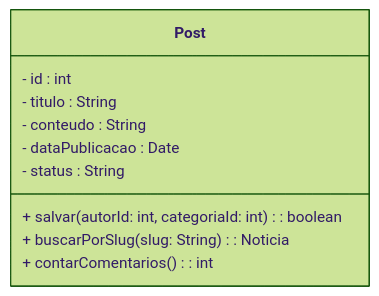
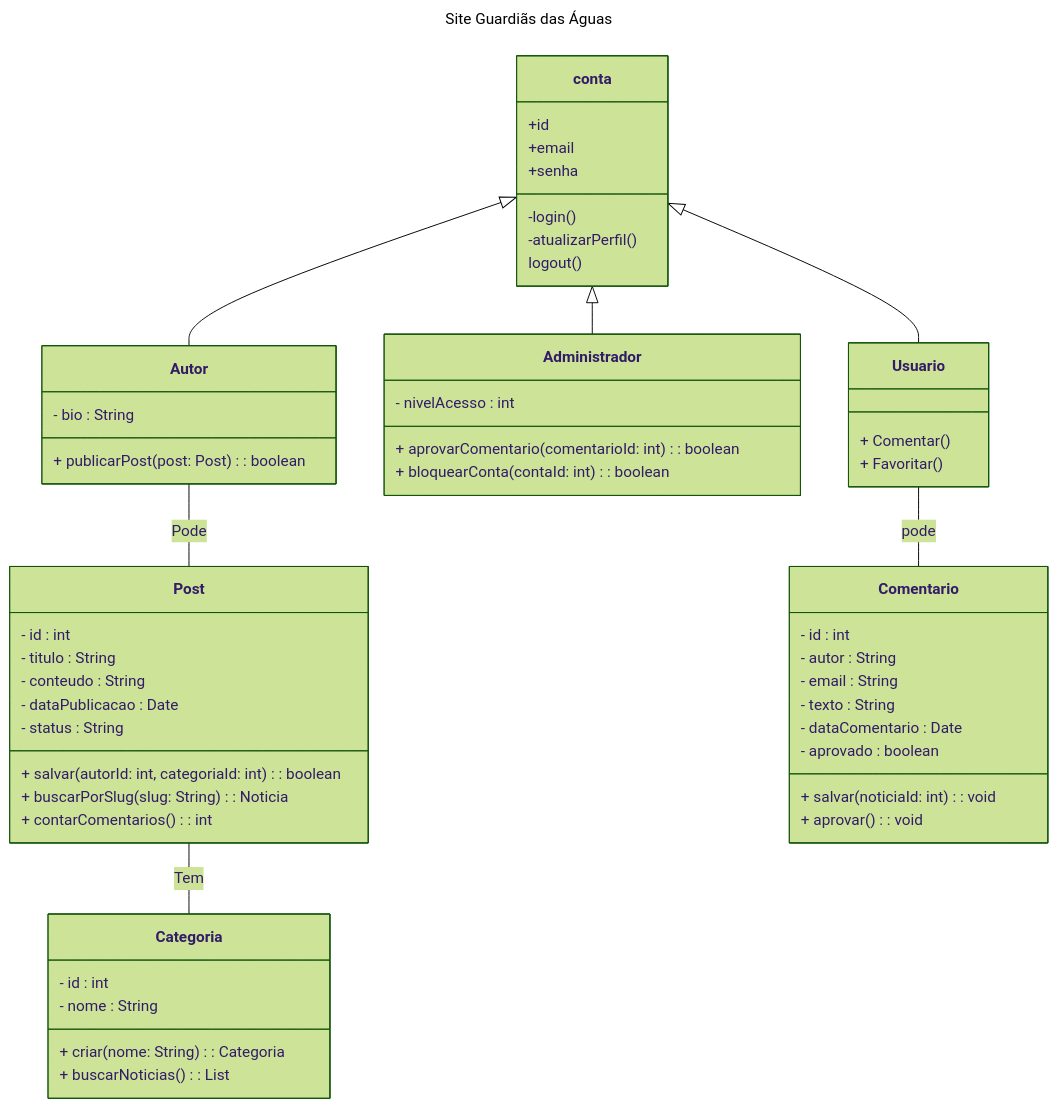
The diagram in docs/Diagrama de Classes.md (ProjetoIntegrador-2Semestre/GardiasDasAguas), drawn with Mermaid (forest theme) before and after one commit. The commit also changed 2 other files, not shown here.

Commit message:
feat: add diagramas de classe para Autor e Administrador; remover componente de página antigo

````diff
--- a/docs/Diagrama de Classes.md
+++ b/docs/Diagrama de Classes.md
@@ -17,13 +3,67 @@
 ```mermaid
-    classDiagram
+---
+title: Site Guardiãs das Águas
+---
+classDiagram
+    conta <|-- Autor
+    conta <|-- Administrador
+    Autor -- Post : Pode
+    Post -- Categoria : Tem
+    conta <|-- Usuario
+    Usuario -- Comentario : pode
+
+
+    conta : +id
+    conta : +email
+    conta : +senha
+    conta : -login()
+    conta : -atualizarPerfil()
+    conta : logout()
+
+    class Comentario {
+        - id : int
+        - autor : String
+        - email : String
+        - texto : String
+        - dataComentario : Date
+        - aprovado : boolean
+        + salvar(noticiaId: int) : void
+        + aprovar() : void
+    }
+
+    class Categoria {
+        - id : int
+        - nome : String
+        + criar(nome: String) : Categoria
+        + buscarNoticias() : List<Noticia>
+    }
+
     class Post {
         - id : int
         - titulo : String
         - conteudo : String
         - dataPublicacao : Date
         - status : String
         + salvar(autorId: int, categoriaId: int) : boolean
         + buscarPorSlug(slug: String) : Noticia
         + contarComentarios() : int
     }
+
+     class Administrador {
+        - nivelAcesso : int
+        + aprovarComentario(comentarioId: int) : boolean
+        + bloquearConta(contaId: int) : boolean
+    }
+
+     class Autor {
+        - bio : String
+        + publicarPost(post: Post) : boolean
+     }
+
+    class Usuario {
+        
+        + Comentar()
+        + Favoritar()
+    }
+
 ```
````
